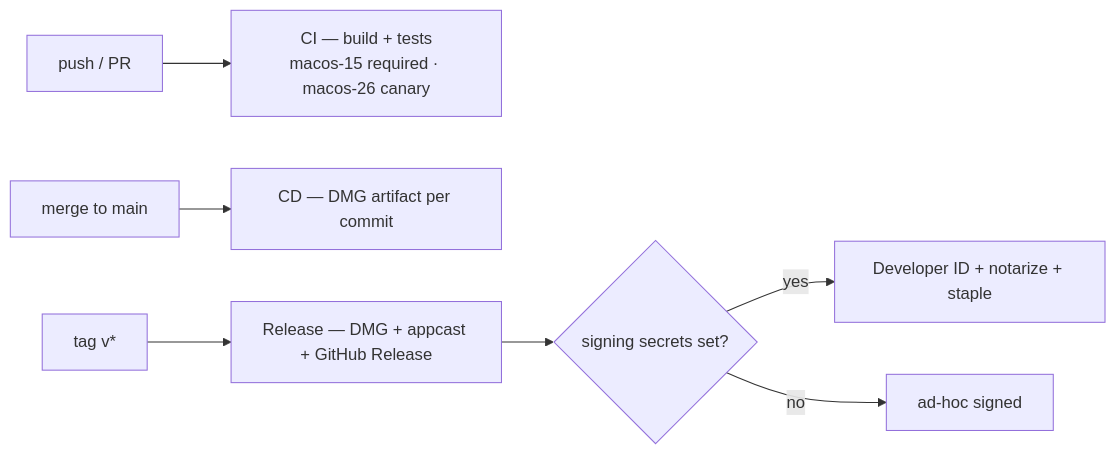
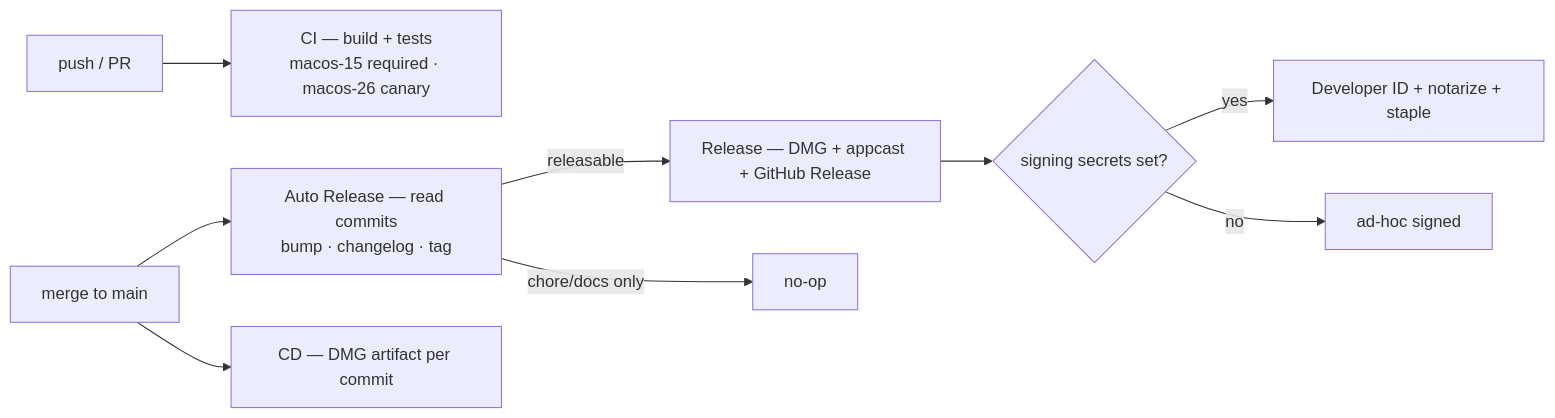
One commit to mgwedd/aletheia changed the fourth of 4 diagrams in README.md. Above: the diagram before and after it, drawn with Mermaid. The commit also changed other lines of this file and 6 other files, not shown here.

````diff
--- a/README.md
+++ b/README.md
@@ -148,9 +148,11 @@
 ```mermaid
 flowchart LR
   PRs[push / PR] --> CI[CI — build + tests<br/>macos-15 required · macos-26 canary]
-  Main[merge to main] --> CD[CD — DMG artifact per commit]
-  Tag[tag v*] --> Rel[Release — DMG + appcast + GitHub Release]
+  Main[merge to main] --> Auto[Auto Release — read commits<br/>bump · changelog · tag]
+  Main --> CD[CD — DMG artifact per commit]
+  Auto -->|releasable| Rel[Release — DMG + appcast + GitHub Release]
+  Auto -->|chore/docs only| Skip[no-op]
   Rel --> Gate{signing secrets set?}
   Gate -- yes --> Note[Developer ID + notarize + staple]
   Gate -- no --> Adhoc[ad-hoc signed]
 ```
````
